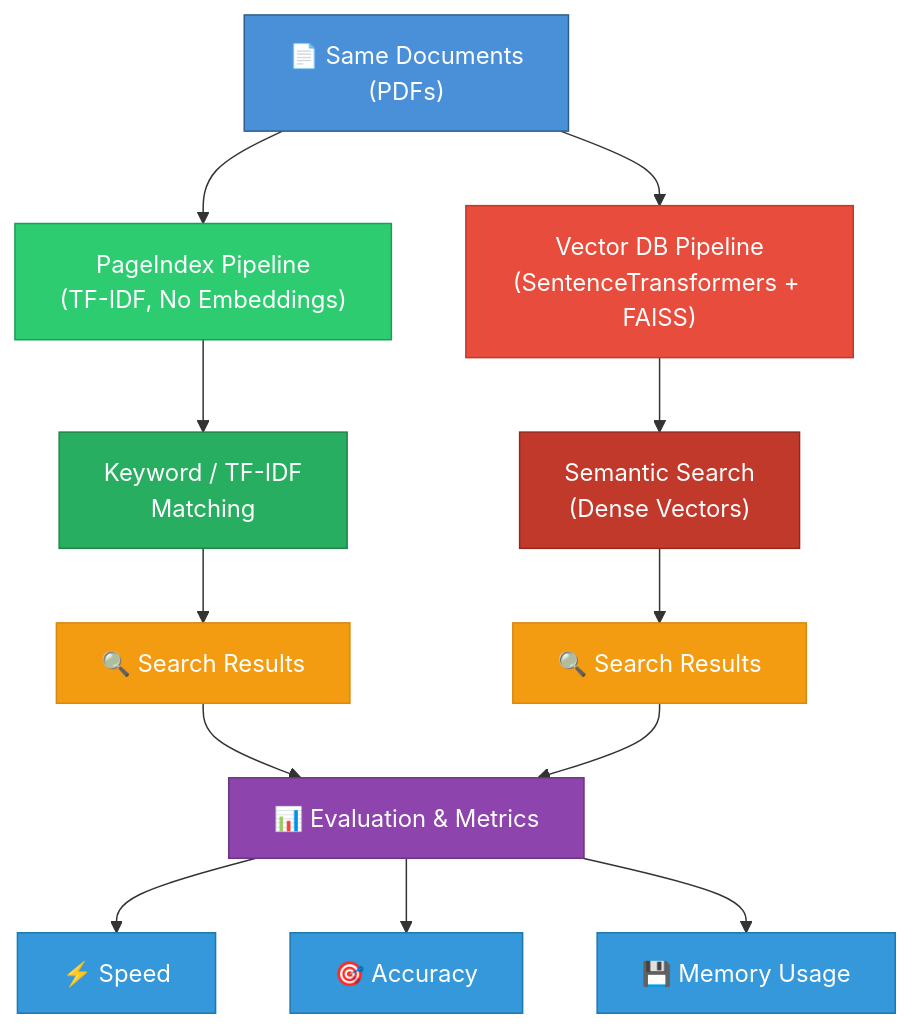
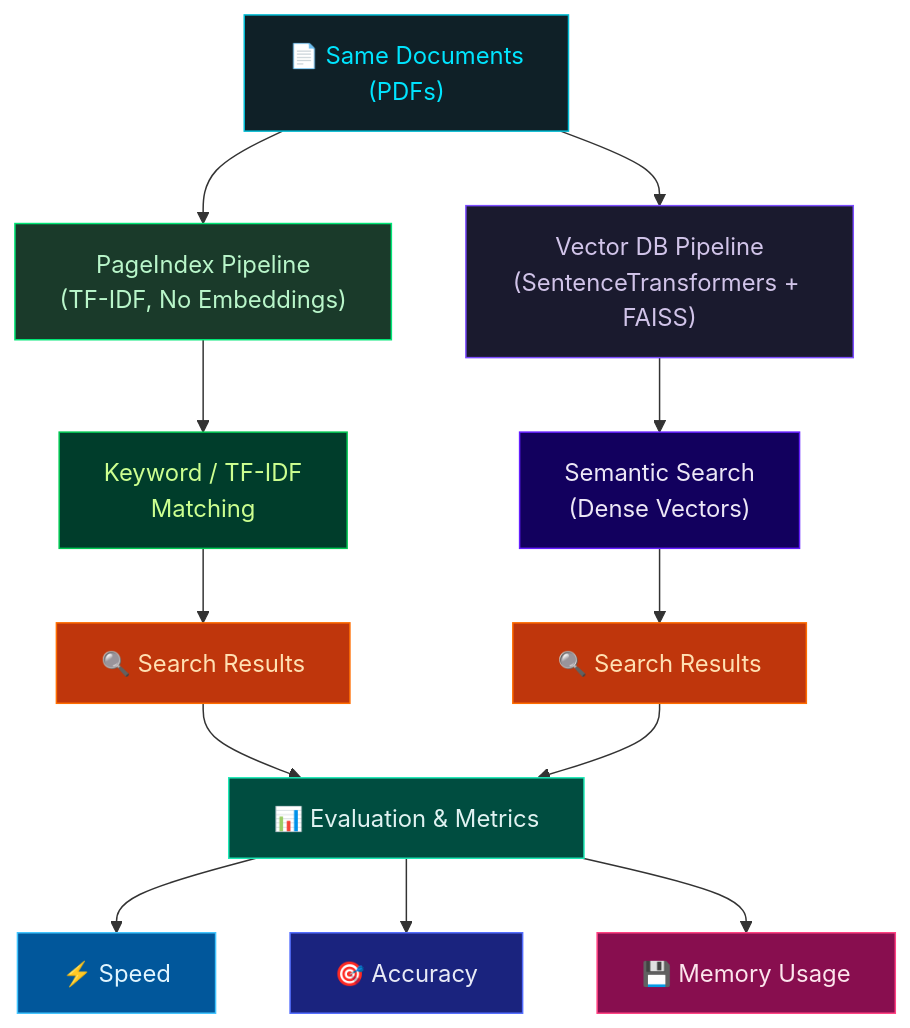
Before and after one commit to somesh-ghaturle/Vector-DB-vs-PageIndex-Comparison-System: the diagram in README.md, drawn with Mermaid.

Commit message:
System arch update

````diff
--- a/README.md
+++ b/README.md
@@ -14,30 +14,30 @@
 ```mermaid
 graph TD
     A["📄 Same Documents<br/>(PDFs)"] --> B["PageIndex Pipeline<br/>(TF-IDF, No Embeddings)"]
     A --> C["Vector DB Pipeline<br/>(SentenceTransformers + FAISS)"]
 
     B --> D["Keyword / TF-IDF<br/>Matching"]
     C --> E["Semantic Search<br/>(Dense Vectors)"]
 
     D --> F["🔍 Search Results"]
     E --> G["🔍 Search Results"]
 
     F --> H["📊 Evaluation & Metrics"]
     G --> H
 
     H --> I["⚡ Speed"]
     H --> J["🎯 Accuracy"]
     H --> K["💾 Memory Usage"]
 
-    style A fill:#4A90D9,stroke:#2C5F8A,color:#fff
-    style B fill:#2ECC71,stroke:#1A9C54,color:#fff
-    style C fill:#E74C3C,stroke:#C0392B,color:#fff
-    style D fill:#27AE60,stroke:#1E8449,color:#fff
-    style E fill:#C0392B,stroke:#96281B,color:#fff
-    style F fill:#F39C12,stroke:#D68910,color:#fff
-    style G fill:#F39C12,stroke:#D68910,color:#fff
-    style H fill:#8E44AD,stroke:#6C3483,color:#fff
-    style I fill:#3498DB,stroke:#2176AE,color:#fff
-    style J fill:#3498DB,stroke:#2176AE,color:#fff
-    style K fill:#3498DB,stroke:#2176AE,color:#fff
+    style A fill:#0F2027,stroke:#00BCD4,color:#00E5FF
+    style B fill:#1A3A2A,stroke:#00E676,color:#B9F6CA
+    style C fill:#1A1A2E,stroke:#7C4DFF,color:#D1C4E9
+    style D fill:#003D2B,stroke:#00C853,color:#CCFF90
+    style E fill:#12005E,stroke:#651FFF,color:#EDE7F6
+    style F fill:#BF360C,stroke:#FF6D00,color:#FFE0B2
+    style G fill:#BF360C,stroke:#FF6D00,color:#FFE0B2
+    style H fill:#004D40,stroke:#1DE9B6,color:#E0F2F1
+    style I fill:#01579B,stroke:#40C4FF,color:#E1F5FE
+    style J fill:#1A237E,stroke:#536DFE,color:#E8EAF6
+    style K fill:#880E4F,stroke:#FF4081,color:#FCE4EC
 ```
````
